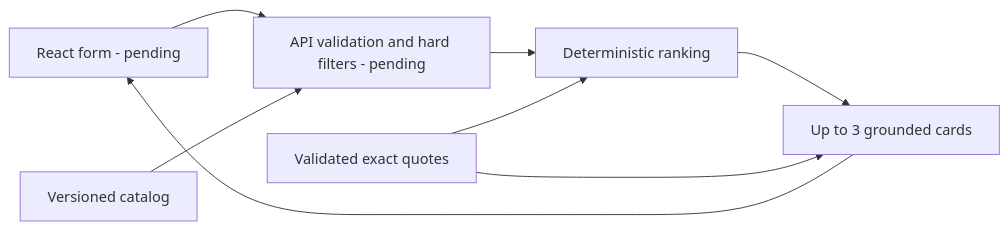
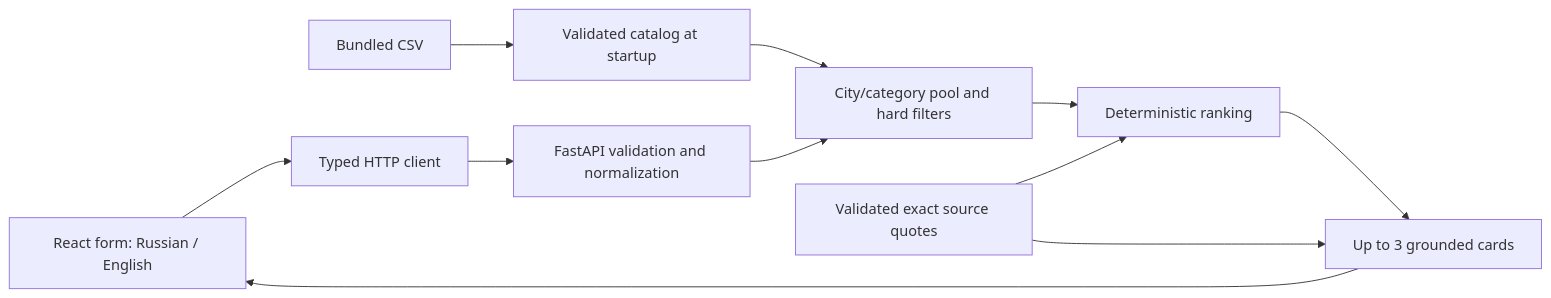
One commit to BAITC-Hacks/hack-890ebfb3-orbit-digital-icarus changed the diagram in README.md. Above: the diagram before and after it, drawn with Mermaid. The commit also changed other lines of this file and 9 other files, not shown here.

````diff
--- a/README.md
+++ b/README.md
@@ -67,10 +88,13 @@
 ```mermaid
 flowchart LR
-    UI[React form - pending] --> API[API validation and hard filters - pending]
-    CSV[Versioned catalog] --> API
-    API --> Rank[Deterministic ranking]
-    Evidence[Validated exact quotes] --> Rank
+    UI[React form: Russian / English] --> Client[Typed HTTP client]
+    Client --> API[FastAPI validation and normalization]
+    CSV[Bundled CSV] --> Catalog[Validated catalog at startup]
+    Catalog --> Filter[City/category pool and hard filters]
+    API --> Filter
+    Filter --> Rank[Deterministic ranking]
+    Evidence[Validated exact source quotes] --> Rank
     Rank --> Cards[Up to 3 grounded cards]
     Evidence --> Cards
     Cards --> UI
 ```
````
